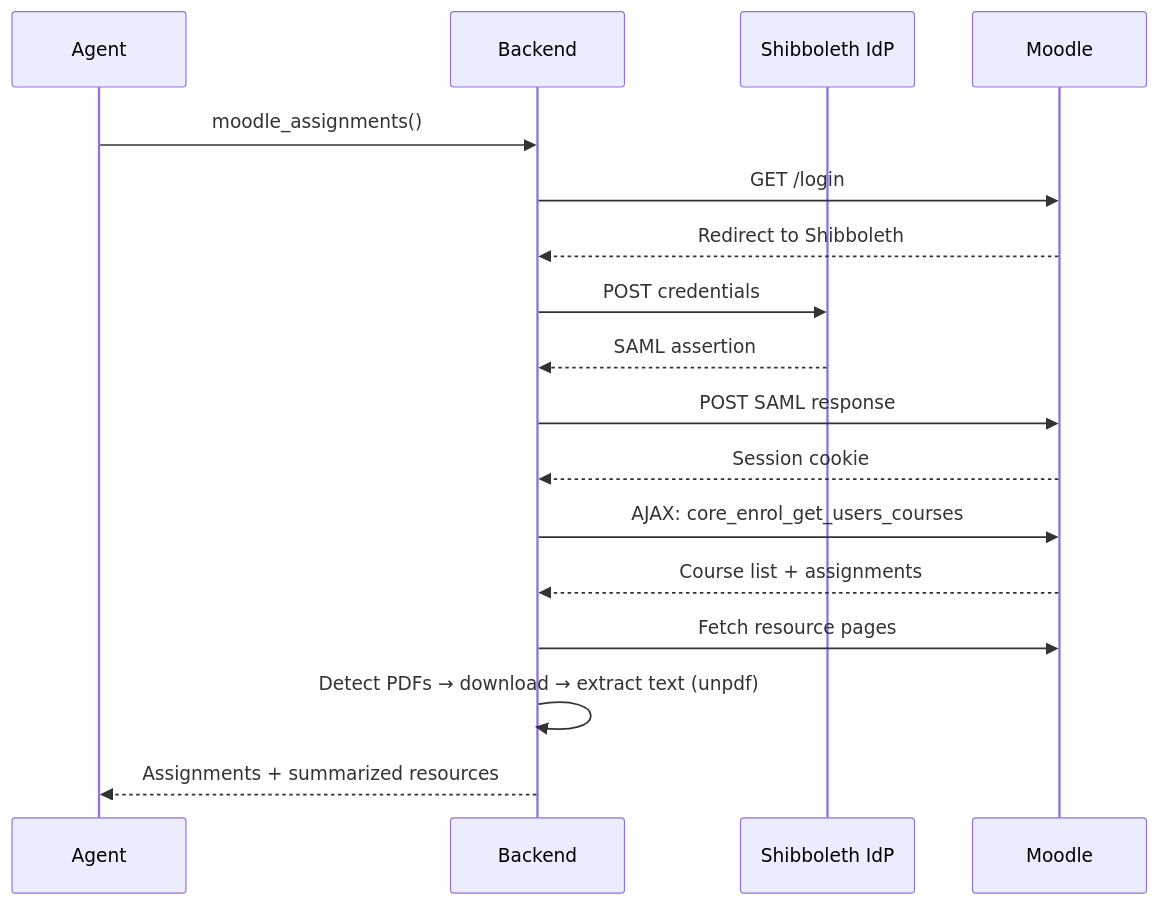
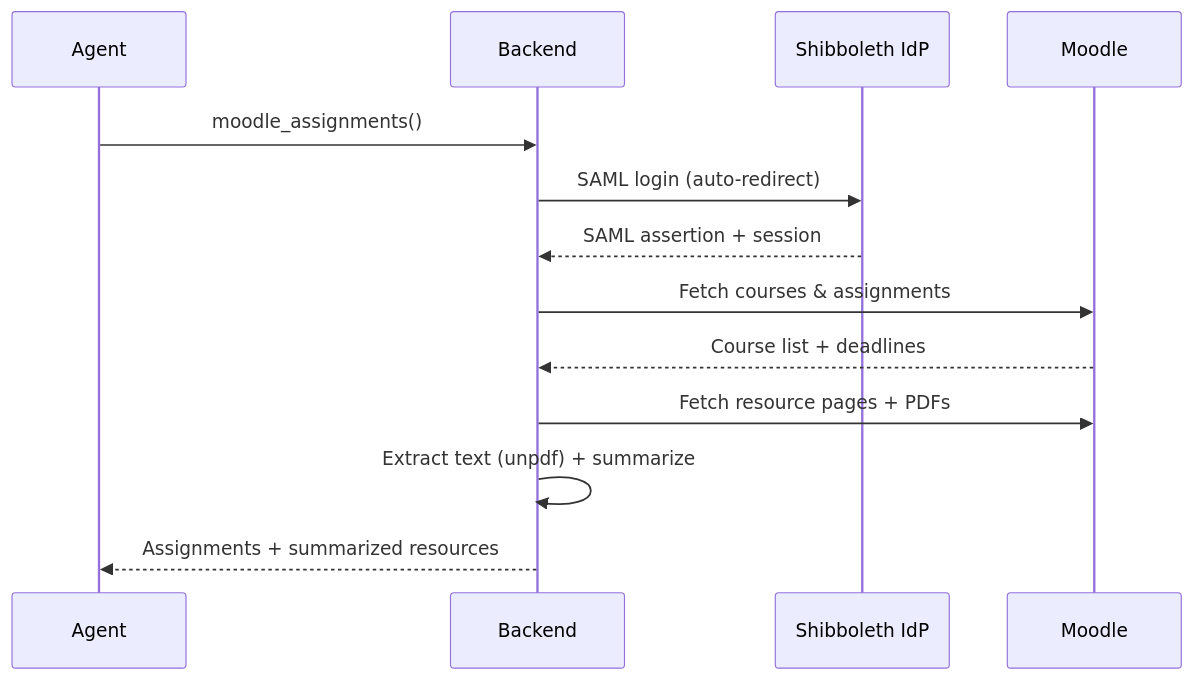
Before and after one commit to neuromaxer/AssisTUM: the fifth of 11 diagrams in pitch-deck/slides.md, drawn with Mermaid. The commit also changed other lines of this file, not shown here.

Commit message:
fix: team name to Pui, use real screenshot, fix appendix diagram overflow

````diff
--- a/pitch-deck/slides.md
+++ b/pitch-deck/slides.md
@@ -383,19 +373,15 @@
-```mermaid {scale: 0.55}
+```mermaid {scale: 0.4}
 sequenceDiagram
     participant Agent
     participant Backend
     participant Shib as Shibboleth IdP
     participant Moodle
     Agent->>Backend: moodle_assignments()
-    Backend->>Moodle: GET /login
-    Moodle-->>Backend: Redirect to Shibboleth
-    Backend->>Shib: POST credentials
-    Shib-->>Backend: SAML assertion
-    Backend->>Moodle: POST SAML response
-    Moodle-->>Backend: Session cookie
-    Backend->>Moodle: AJAX: core_enrol_get_users_courses
-    Moodle-->>Backend: Course list + assignments
-    Backend->>Moodle: Fetch resource pages
-    Backend->>Backend: Detect PDFs → download → extract text (unpdf)
+    Backend->>Shib: SAML login (auto-redirect)
+    Shib-->>Backend: SAML assertion + session
+    Backend->>Moodle: Fetch courses & assignments
+    Moodle-->>Backend: Course list + deadlines
+    Backend->>Moodle: Fetch resource pages + PDFs
+    Backend->>Backend: Extract text (unpdf) + summarize
     Backend-->>Agent: Assignments + summarized resources
 ```
````
